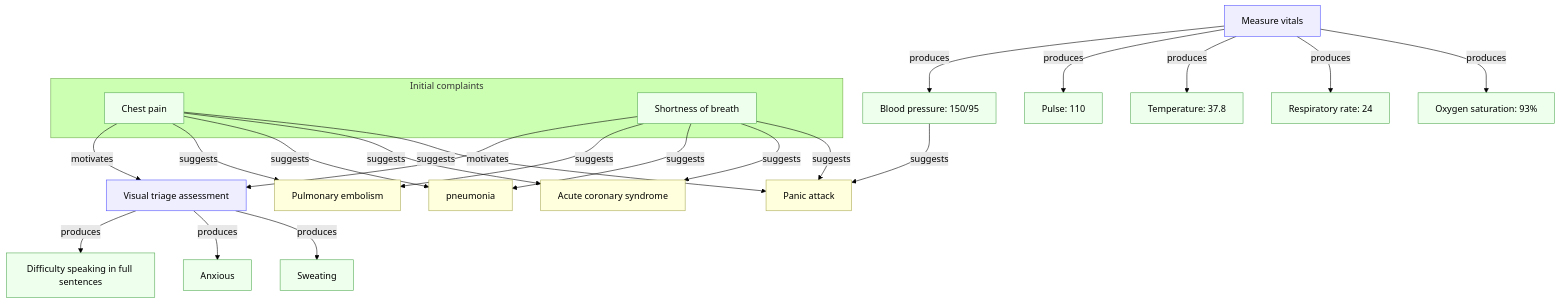
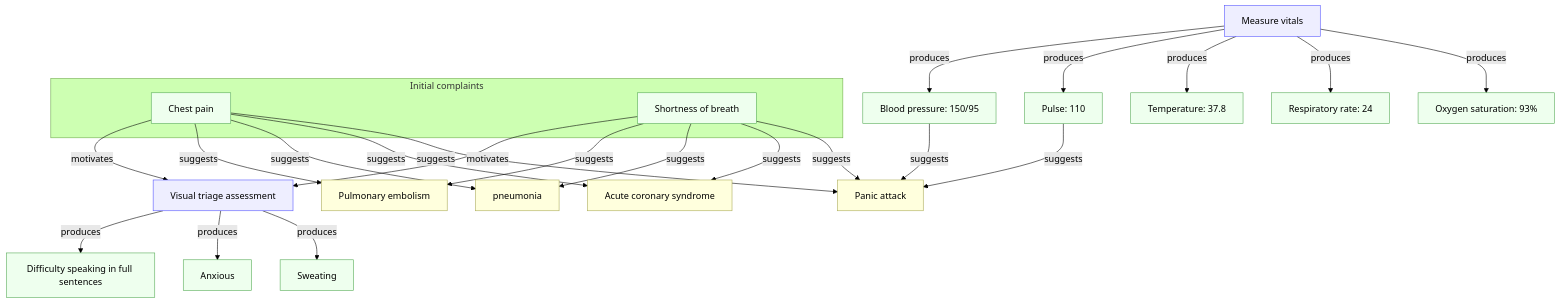
One commit to kahunacohen/why changed the diagram in diagrams/medical.mmd. Above: the diagram before and after it, drawn with Mermaid (forest theme).

```diff
--- a/diagrams/medical.mmd
+++ b/diagrams/medical.mmd
@@ -1,71 +1,74 @@
 flowchart TD
 
   %% Initial observations
   subgraph initial["Initial complaints"]
     O1["Chest pain"]
     O2["Shortness of breath"]
   end
 
   %% Actions
   A1["Visual triage assessment"]
   A2["Measure vitals"]
 
   %% Visual triage observations (produced by A1)
   O6["Difficulty speaking in full sentences"]
   O7["Anxious"]
   O8["Sweating"]
 
   %% Vital sign observations (produced by A2)
   O3["Blood pressure: 150/95"]
   O4["Pulse: 110"]
   O5["Temperature: 37.8"]
   O9["Respiratory rate: 24"]
   O10["Oxygen saturation: 93%"]
 
   %% Hypotheses
   H1["Pulmonary embolism"]
   H2["pneumonia"]
   H3["Panic attack"]
   H4["Acute coronary syndrome"]
 
   %% Initial observations motivate actions
   O1 -->|motivates| A1
   O2 -->|motivates| A1
 
   %% Actions produce observations
   A1 -->|produces| O6
   A1 -->|produces| O7
   A1 -->|produces| O8
 
   A2 -->|produces| O3
   A2 -->|produces| O4
   A2 -->|produces| O5
   A2 -->|produces| O9
   A2 -->|produces| O10
 
   %% Observations suggest hypotheses
   %% chest pain can suggest all of these things.
   O1 -->|suggests| H1
   O1 -->|suggests| H2
   O1 -->|suggests| H4
   O1 -->|suggests| H3
 
   %% shortness of breath can also suggest all of these things.
   O2 -->|suggests| H1
   O2 -->|suggests| H2
   O2 -->|suggests| H4
   O2 -->|suggests| H3
 
   %% High blood pressure can suggest:
   O3 -->|suggests| H3
 
+  %% pulse can suggest:
+  O4 -->|suggests|H3
+
   %% Observations against hypotheses
 
 
   classDef obs fill:#efe,stroke:#5a5
   classDef action fill:#eef,stroke:#55f
   classDef hyp fill:#ffd,stroke:#aa5
 
   class O1,O2,O3,O4,O5,O6,O7,O8,O9,O10 obs
   class A1,A2 action
   class H1,H2,H3,H4 hyp
```
